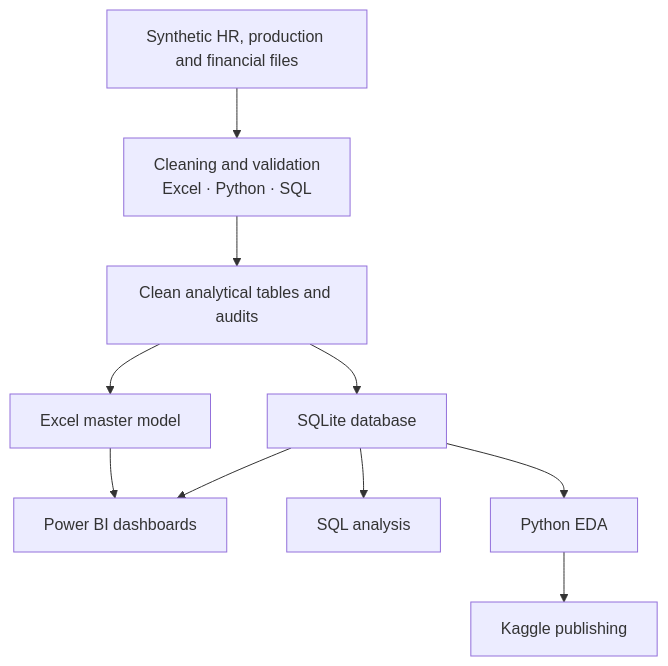
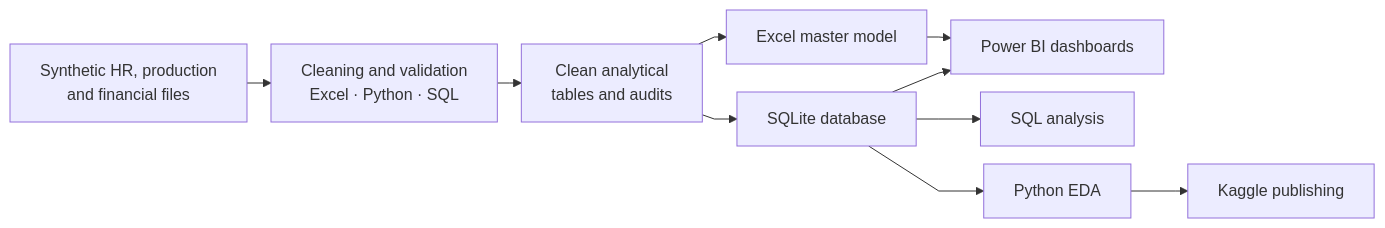
One commit to samusa099/sabia-hrbp changed the first of 2 diagrams in README.md. Above: the diagram before and after it, drawn with Mermaid.

Commit message:
Make analytics architecture diagram more compact

````diff
--- a/README.md
+++ b/README.md
@@ -98,21 +98,11 @@
 ```mermaid
-flowchart TB
-    A["Synthetic HR, production and financial files"]
-    B["Cleaning and validation<br/>Excel · Python · SQL"]
-    C["Clean analytical tables and audits"]
-    D["SQLite database"]
-    E["Excel master model"]
-    F["Power BI dashboards"]
-    G["SQL analysis"]
-    H["Python EDA"]
-    I["Kaggle publishing"]
-
-    A --> B --> C
-    C --> D
-    C --> E
-    D --> F
-    D --> G
-    D --> H
+%%{init: {"flowchart": {"nodeSpacing": 18, "rankSpacing": 24, "curve": "linear"}}}%%
+flowchart LR
+    A["Synthetic HR, production<br/>and financial files"] --> B["Cleaning and validation<br/>Excel · Python · SQL"] --> C["Clean analytical<br/>tables and audits"]
+    C --> D["Excel master model"]
+    C --> E["SQLite database"]
+    D --> F["Power BI dashboards"]
     E --> F
-    H --> I
+    E --> G["SQL analysis"]
+    E --> H["Python EDA"] --> I["Kaggle publishing"]
 ```
````
